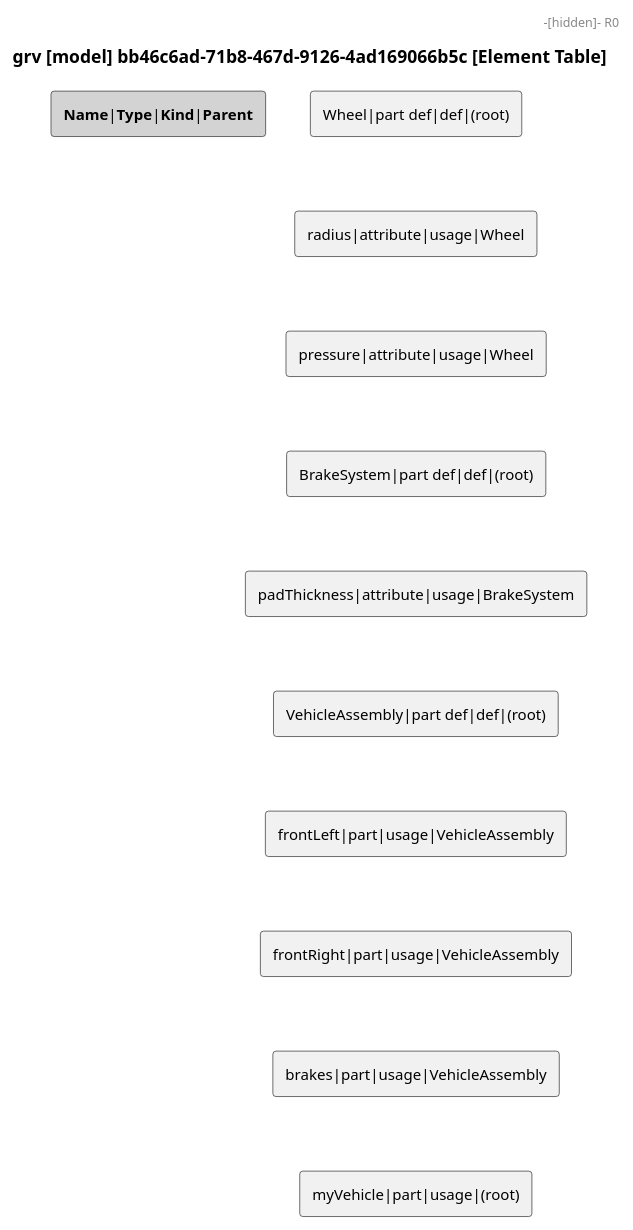
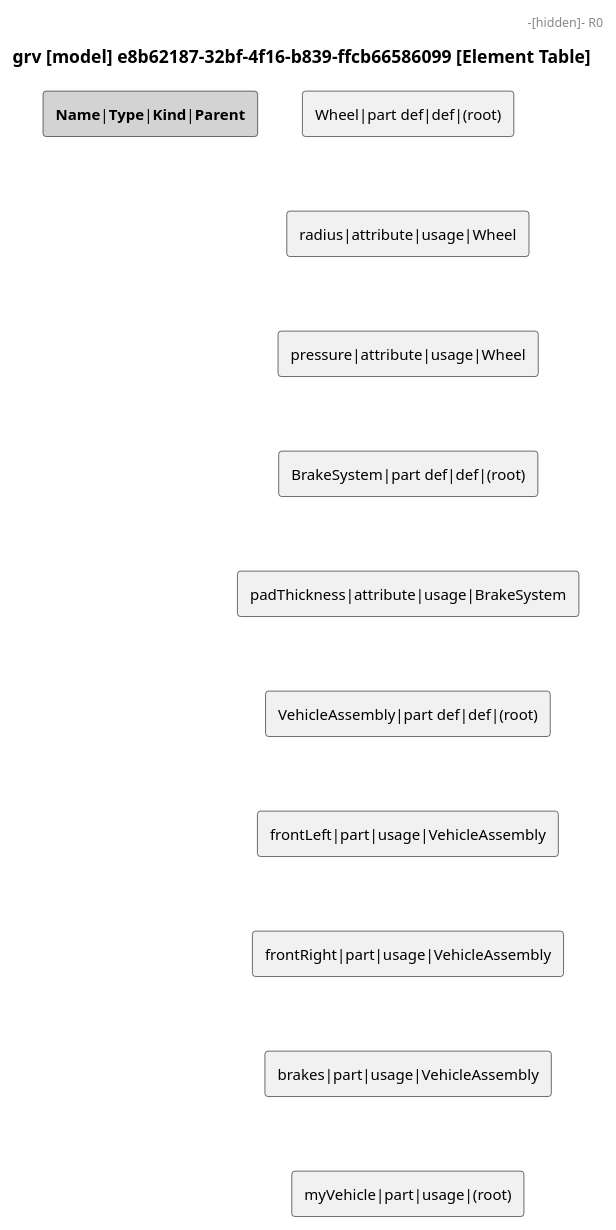
Before and after one commit to mycr0ft/sysml2py: the diagram in docs/plantuml-examples/13-element-table.puml, drawn with PlantUML. The commit also changed 25 other files, not shown here.

```diff
--- a/docs/plantuml-examples/13-element-table.puml
+++ b/docs/plantuml-examples/13-element-table.puml
@@ -1,31 +1,31 @@
 @startuml
 
 skinparam monochrome true
 skinparam defaultFontSize 12
 skinparam defaultFontName Helvetica
 
-title grv [model] bb46c6ad-71b8-467d-9126-4ad169066b5c [Element Table]
+title grv [model] e8b62187-32bf-4f16-b839-ffcb66586099 [Element Table]
 
 rectangle "<b>Name</b>|<b>Type</b>|<b>Kind</b>|<b>Parent</b>" as HEADER #LightGray
 rectangle "Wheel|part def|def|(root)" as R0
 rectangle "radius|attribute|usage|Wheel" as R1
 rectangle "pressure|attribute|usage|Wheel" as R2
 rectangle "BrakeSystem|part def|def|(root)" as R3
 rectangle "padThickness|attribute|usage|BrakeSystem" as R4
 rectangle "VehicleAssembly|part def|def|(root)" as R5
 rectangle "frontLeft|part|usage|VehicleAssembly" as R6
 rectangle "frontRight|part|usage|VehicleAssembly" as R7
 rectangle "brakes|part|usage|VehicleAssembly" as R8
 rectangle "myVehicle|part|usage|(root)" as R9
 HEADER -[hidden]- R0
 R0 -[hidden]- R1
 R1 -[hidden]- R2
 R2 -[hidden]- R3
 R3 -[hidden]- R4
 R4 -[hidden]- R5
 R5 -[hidden]- R6
 R6 -[hidden]- R7
 R7 -[hidden]- R8
 R8 -[hidden]- R9
 
 @enduml
```
